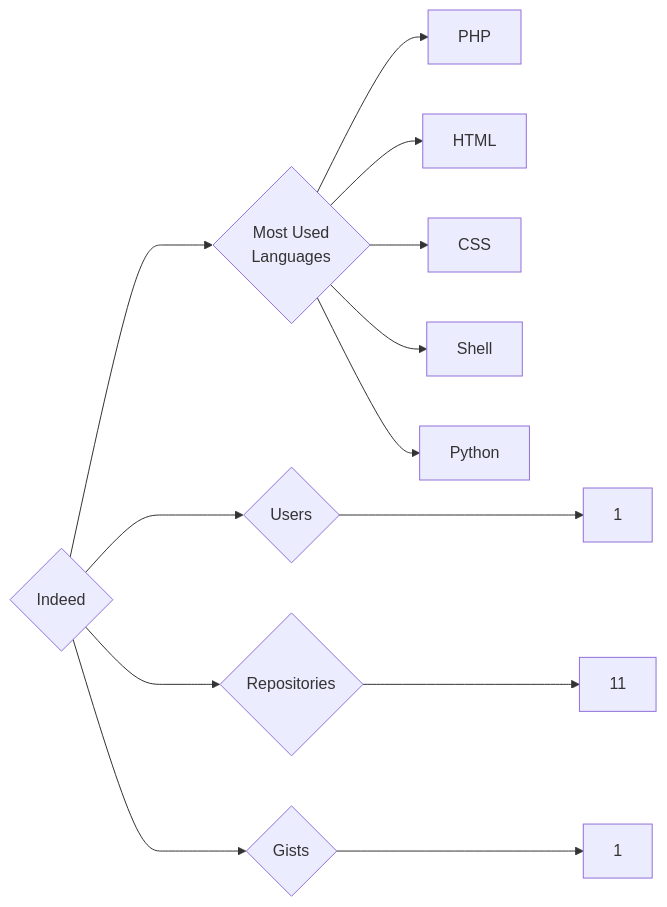
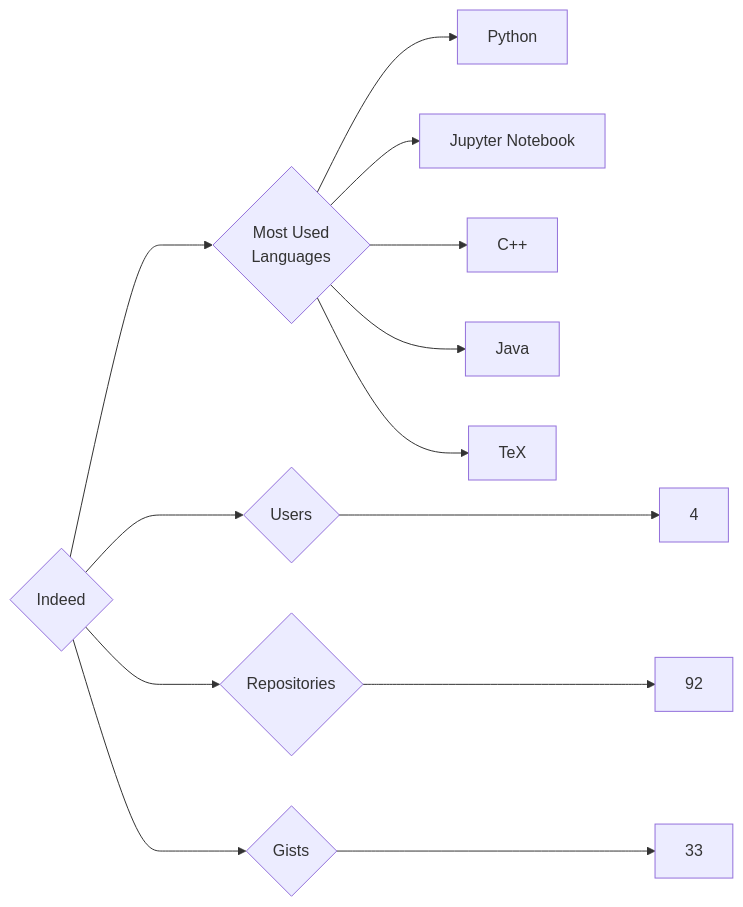
The diagram in targets/Indeed/README.md (trickest/insiders), drawn with Mermaid before and after one commit. The commit also changed 985 other files, not shown here.

````diff
--- a/targets/Indeed/README.md
+++ b/targets/Indeed/README.md
@@ -3,13 +3,13 @@
 ```mermaid
 graph LR
 COMPANY_NAME{Indeed}
-COMPANY_NAME ---> U{Users} ---> UN[1]
-COMPANY_NAME ---> R{Repositories} ---> RN[11]
-COMPANY_NAME ---> G{Gists} ---> GN[1]
+COMPANY_NAME ---> U{Users} ---> UN[4]
+COMPANY_NAME ---> R{Repositories} ---> RN[92]
+COMPANY_NAME ---> G{Gists} ---> GN[33]
 COMPANY_NAME ---> ML{Most Used<br>Languages}
-ML --> PHP[PHP]
-ML --> HTML[HTML]
-ML --> CSS[CSS]
-ML --> Shell[Shell]
 ML --> Python[Python]
+ML --> Jupyter_Notebook[Jupyter Notebook]
+ML --> C++[C++]
+ML --> Java[Java]
+ML --> TeX[TeX]
 ```
````
